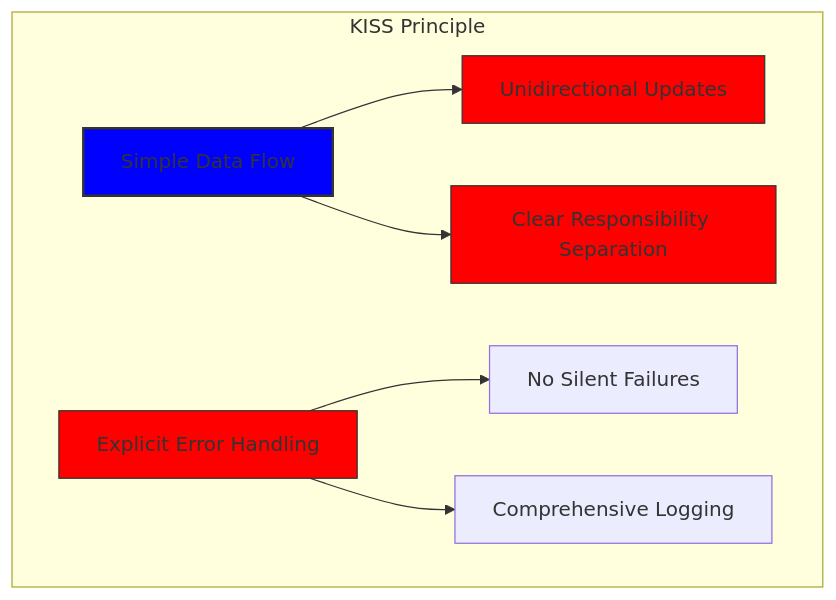
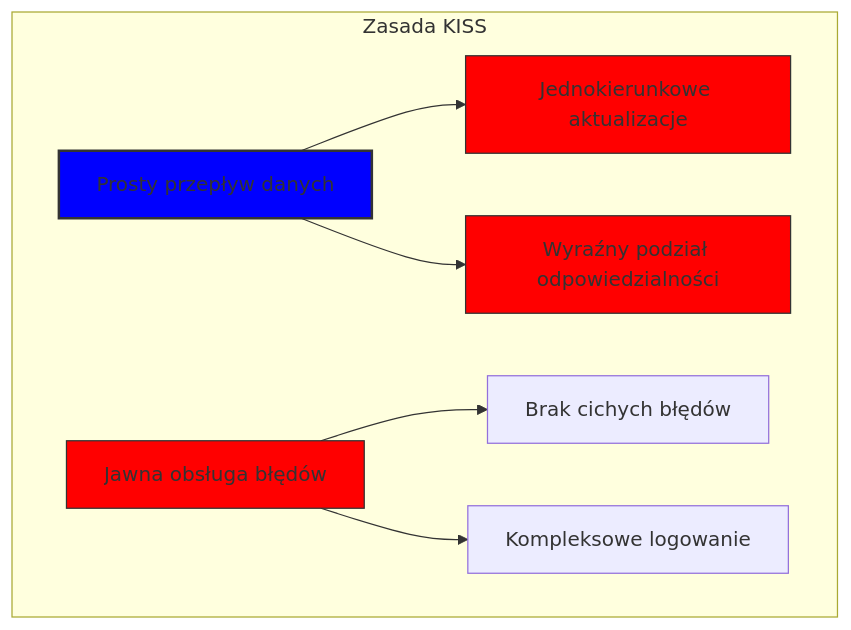
One commit to forwardemail/forwardemail.net changed the seventh of 7 diagrams in app/views/docs/building-reliable-payment-system-stripe-paypal/index-pl.md. Above: the diagram before and after it, drawn with Mermaid. The commit also changed other lines of this file and 1055 other files, not shown here.

````diff
--- a/app/views/docs/building-reliable-payment-system-stripe-paypal/index-pl.md
+++ b/app/views/docs/building-reliable-payment-system-stripe-paypal/index-pl.md
@@ -655,16 +659,16 @@
 ```mermaid
 graph TD
-    subgraph "KISS Principle"
-        P[Simple Data Flow] --> Q[Unidirectional Updates]
-        P --> R[Clear Responsibility Separation]
+    subgraph "Zasada KISS"
+        P[Prosty przepływ danych] --> Q[Jednokierunkowe aktualizacje]
+        P --> R[Wyraźny podział odpowiedzialności]
 
-        S[Explicit Error Handling] --> T[No Silent Failures]
-        S --> U[Comprehensive Logging]
+        S[Jawna obsługa błędów] --> T[Brak cichych błędów]
+        S --> U[Kompleksowe logowanie]
     end
 
     classDef primary fill:blue,stroke:#333,stroke-width:2px;
     classDef secondary fill:red,stroke:#333,stroke-width:1px;
 
     class A,P,V primary;
     class B,C,D,E,I,L,Q,R,S,W,X,Y,Z secondary;
 ```
````
